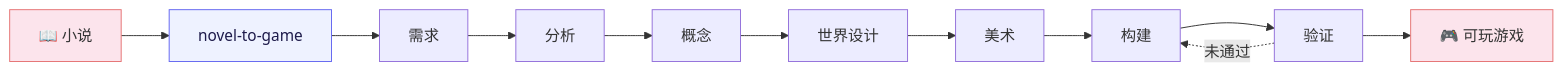
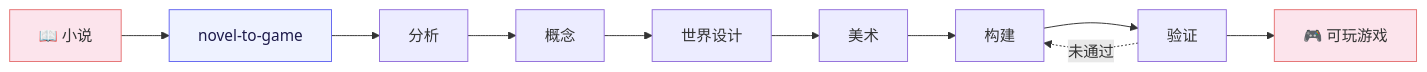
The diagram in README_ZH.md (worldwonderer/novel-to-game), drawn with Mermaid before and after one commit. The commit also changed other lines of this file and 1 other file, not shown here.

First line of the commit message:
Present NovelToGame like a mature open-source project

````diff
--- a/README_ZH.md
+++ b/README_ZH.md
@@ -107,9 +107,9 @@
 ```mermaid
 flowchart LR
     classDef io fill:#fce4ec,color:#333,stroke:#e57373,stroke-width:1px
     classDef orch fill:#eef2ff,color:#1e1b4b,stroke:#6366f1,stroke-width:1px
 
     novel["📖 小说"]:::io --> orch["novel-to-game"]:::orch
-    orch --> 需求 --> 分析 --> 概念 --> 世界设计 --> 美术 --> 构建 --> 验证 --> game["🎮 可玩游戏"]:::io
+    orch --> 分析 --> 概念 --> 世界设计 --> 美术 --> 构建 --> 验证 --> game["🎮 可玩游戏"]:::io
     验证 -.->|未通过| 构建
 ```
````
